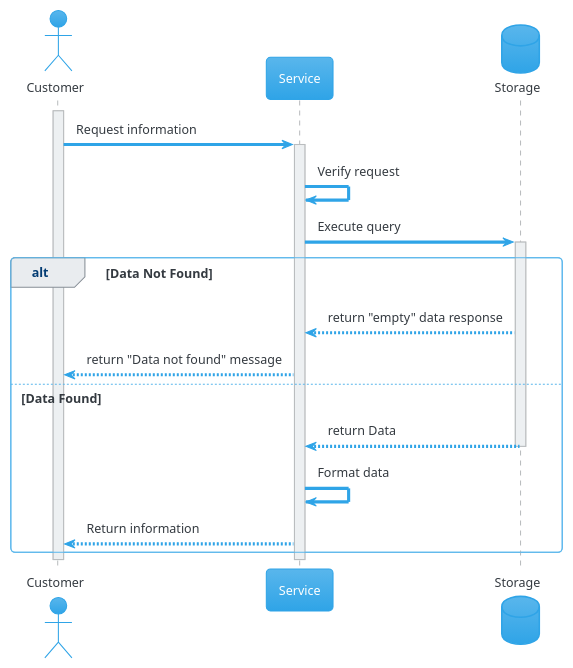
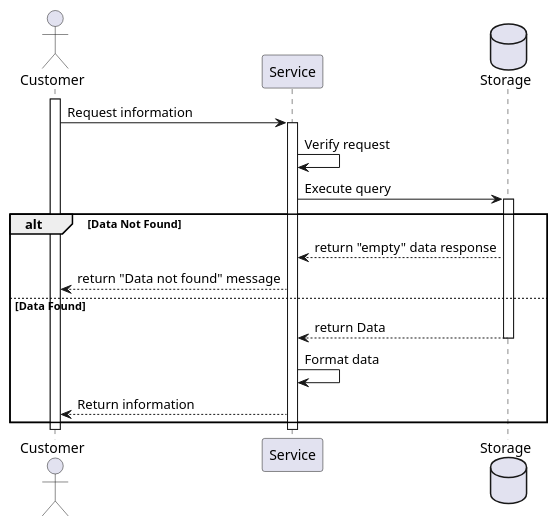
Before and after one commit to gingertez/PlantUMLExamples: the diagram in SequenceDiagram.wsd, drawn with PlantUML.

Commit message:
Update SequenceDiagram.wsd
Theming added to plugin - no need to have theme in the template.

```diff
--- a/SequenceDiagram.wsd
+++ b/SequenceDiagram.wsd
@@ -1,31 +1,27 @@
 @startuml
 'Example Sequence Diagram
 'For documentation see https://plantuml.com/sequence-diagram
-
-'For docs on themes see https://plantuml.com/theme
-'Remove the line below if you want to use the default PlantUML look and feel
-!theme cerulean
 
 actor Customer as C
 participant Service as S
 database Storage as DB
 
 activate C
 C -> S : Request information
 activate S
 S -> S : Verify request
 S -> DB : Execute query
 activate DB
 alt Data Not Found
   S <-- DB: return "empty" data response
   C <-- S: return "Data not found" message
 else Data Found
   S <-- DB : return Data
   deactivate DB
   S -> S : Format data
   C <-- S : Return information
 end
 deactivate S
 deactivate C
 
 @enduml
```
